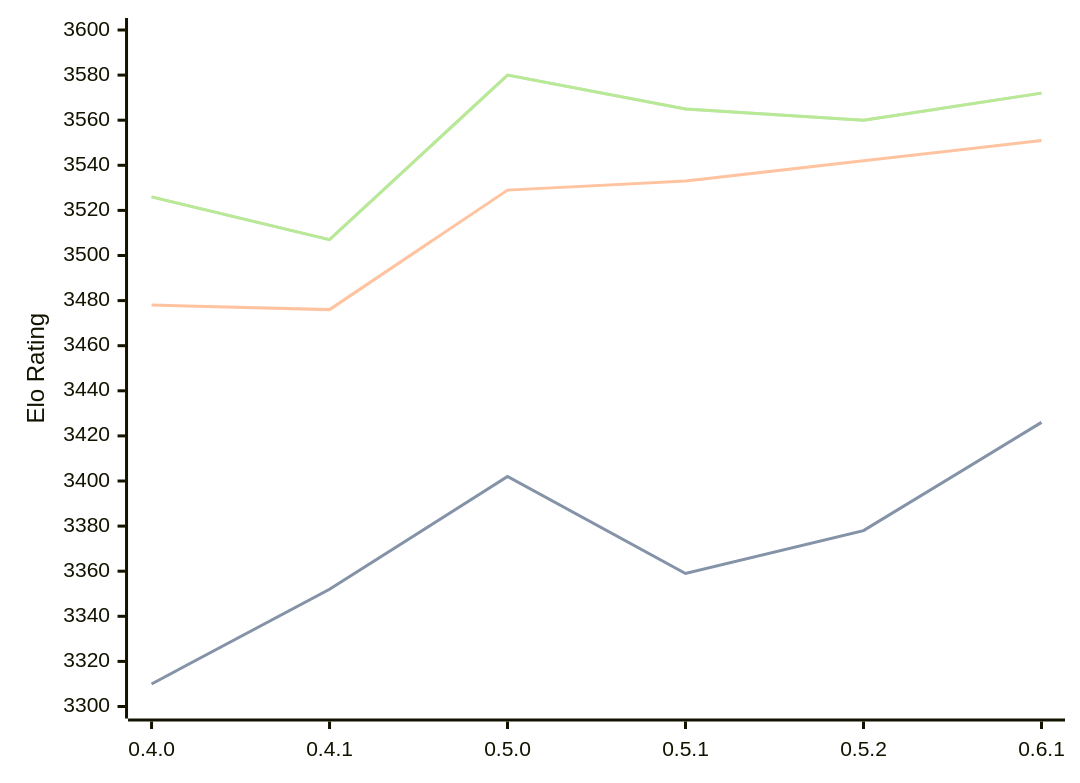
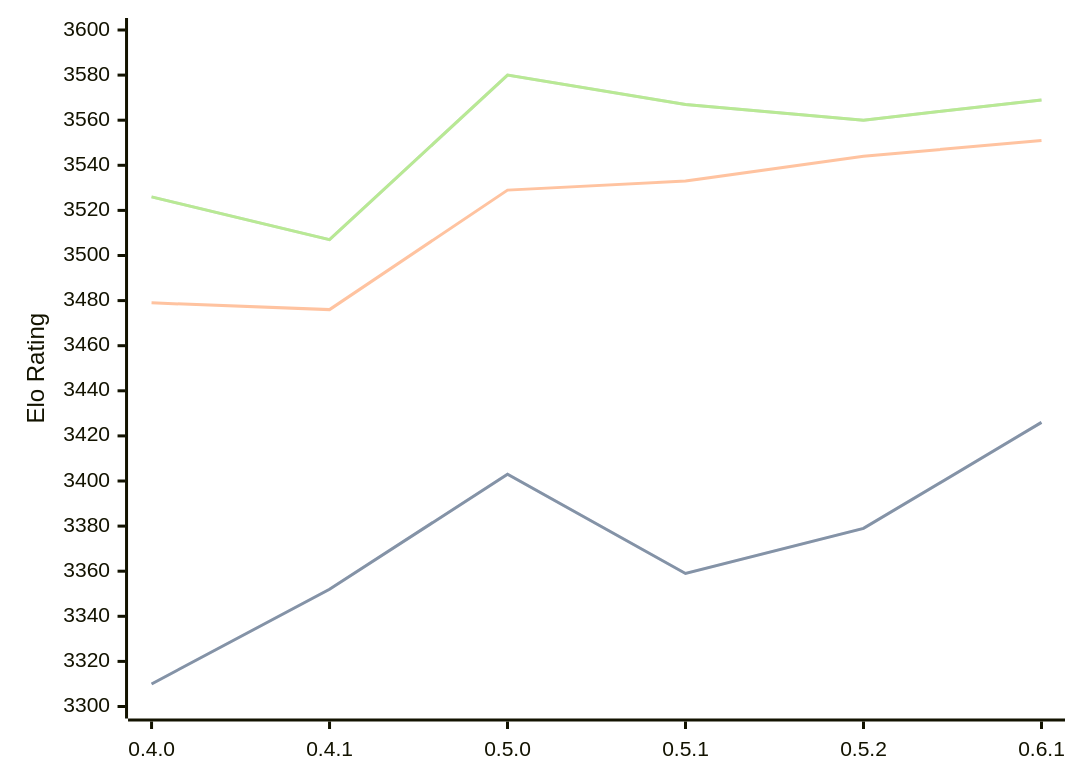
Before and after one commit to computer-chess-index/cci: the diagram in engines/Cinder.md, drawn with Mermaid. The commit also changed other lines of this file, not shown here.

Commit message:
Update CCI Ratings (ELO VLTC) - 2026-08-27

````diff
--- a/engines/Cinder.md
+++ b/engines/Cinder.md
@@ -37,11 +37,11 @@
 ```mermaid
 %%{init: {"theme":"base","themeVariables":{"seriesColors:['#a3a3a3','#222221','#faa371']}}}%%
 xychart-beta
   x-axis ["0.4.0", "0.4.1", "0.5.0", "0.5.1", "0.5.2", "0.6.1"]
   y-axis "Elo Rating" 3300 --> 3600
-  line "STC (8.0+0.08s)" [3310, 3352, 3402, 3359, 3378, 3426]
-  line "STC (8.0+0.08s)" [3310, 3352, 3402, 3359, 3378, 3426]
-  line "LTC (60.0+0.60s)" [3478, 3476, 3529, 3533, 3542, 3551]
-  line "VLTC (2m24s+1.12s)" [3526, 3507, 3580, 3565, 3560, 3572]
-  line "VLTC (2m24s+1.12s)" [3526, 3507, 3580, 3565, 3560, 3572]
+  line "STC (8.0+0.08s)" [3310, 3352, 3403, 3359, 3379, 3426]
+  line "STC (8.0+0.08s)" [3310, 3352, 3403, 3359, 3379, 3426]
+  line "LTC (60.0+0.60s)" [3479, 3476, 3529, 3533, 3544, 3551]
+  line "VLTC (2m24s+1.12s)" [3526, 3507, 3580, 3567, 3560, 3569]
+  line "VLTC (2m24s+1.12s)" [3526, 3507, 3580, 3567, 3560, 3569]
 ```
````
